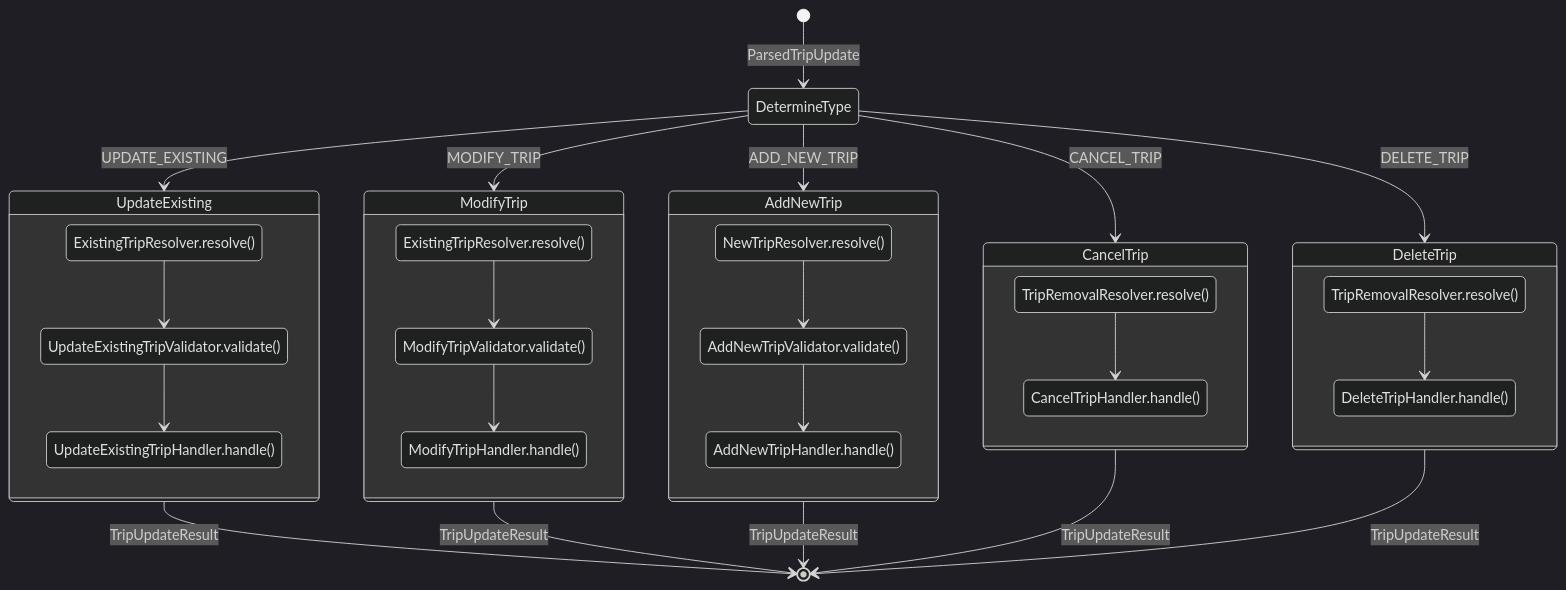
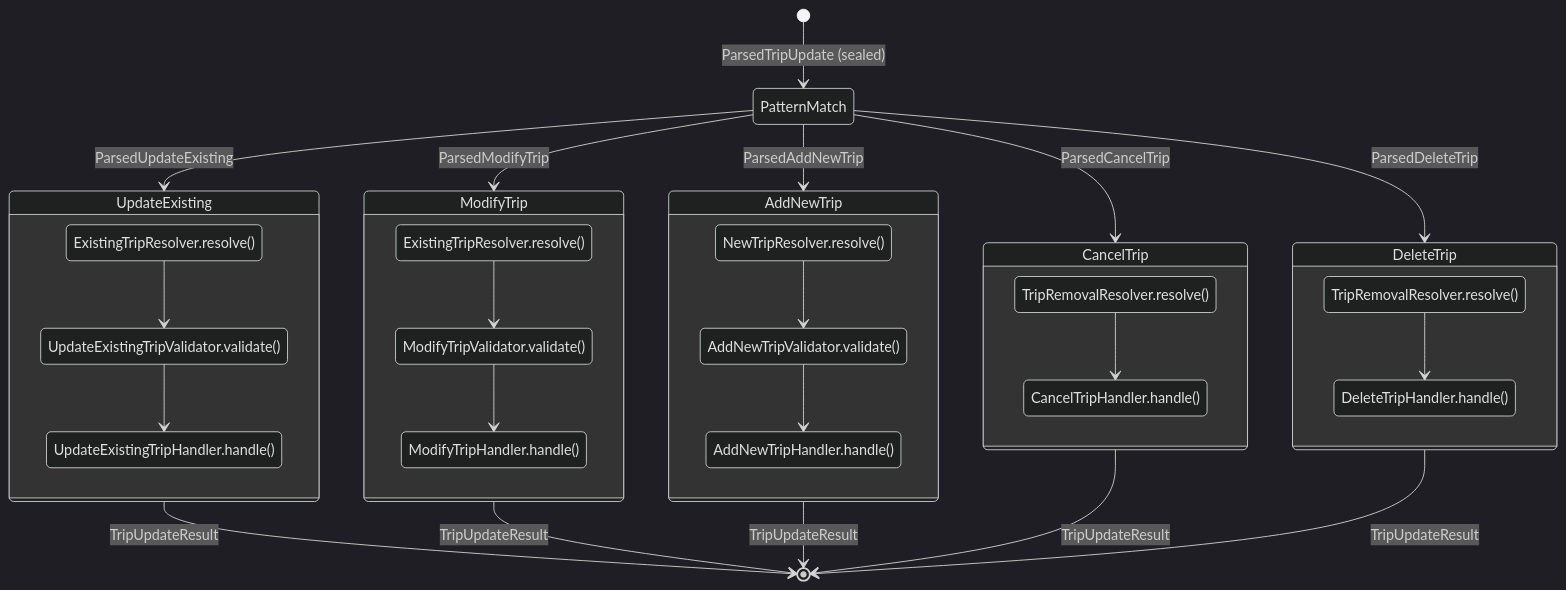
Before and after one commit to entur/OpenTripPlanner: the fifth of 11 diagrams in docs/design/unified-realtime-updaters-with-diagrams.md, drawn with Mermaid (dark theme). The commit also changed other lines of this file and 1 other file, not shown here.

Commit message:
Update diagrams

````diff
--- a/docs/design/unified-realtime-updaters-with-diagrams.md
+++ b/docs/design/unified-realtime-updaters-with-diagrams.md
@@ -400,52 +400,52 @@
 ```mermaid
 stateDiagram-v2
-    [*] --> DetermineType: ParsedTripUpdate
+    [*] --> PatternMatch: ParsedTripUpdate (sealed)
 
-    DetermineType --> UpdateExisting: UPDATE_EXISTING
-    DetermineType --> AddNewTrip: ADD_NEW_TRIP
-    DetermineType --> CancelTrip: CANCEL_TRIP
-    DetermineType --> DeleteTrip: DELETE_TRIP
-    DetermineType --> ModifyTrip: MODIFY_TRIP
+    PatternMatch --> UpdateExisting: ParsedUpdateExisting
+    PatternMatch --> AddNewTrip: ParsedAddNewTrip
+    PatternMatch --> CancelTrip: ParsedCancelTrip
+    PatternMatch --> DeleteTrip: ParsedDeleteTrip
+    PatternMatch --> ModifyTrip: ParsedModifyTrip
 
     state UpdateExisting {
         UE_Resolve: ExistingTripResolver.resolve()
         UE_Validate: UpdateExistingTripValidator.validate()
         UE_Handle: UpdateExistingTripHandler.handle()
         UE_Resolve --> UE_Validate
         UE_Validate --> UE_Handle
     }
 
     state ModifyTrip {
         MT_Resolve: ExistingTripResolver.resolve()
         MT_Validate: ModifyTripValidator.validate()
         MT_Handle: ModifyTripHandler.handle()
         MT_Resolve --> MT_Validate
         MT_Validate --> MT_Handle
     }
 
     state AddNewTrip {
         AN_Resolve: NewTripResolver.resolve()
         AN_Validate: AddNewTripValidator.validate()
         AN_Handle: AddNewTripHandler.handle()
         AN_Resolve --> AN_Validate
         AN_Validate --> AN_Handle
     }
 
     state CancelTrip {
         CT_Resolve: TripRemovalResolver.resolve()
         CT_Handle: CancelTripHandler.handle()
         CT_Resolve --> CT_Handle
     }
 
     state DeleteTrip {
         DT_Resolve: TripRemovalResolver.resolve()
         DT_Handle: DeleteTripHandler.handle()
         DT_Resolve --> DT_Handle
     }
 
     UpdateExisting --> [*]: TripUpdateResult
     ModifyTrip --> [*]: TripUpdateResult
     AddNewTrip --> [*]: TripUpdateResult
     CancelTrip --> [*]: TripUpdateResult
     DeleteTrip --> [*]: TripUpdateResult
 ```
````
